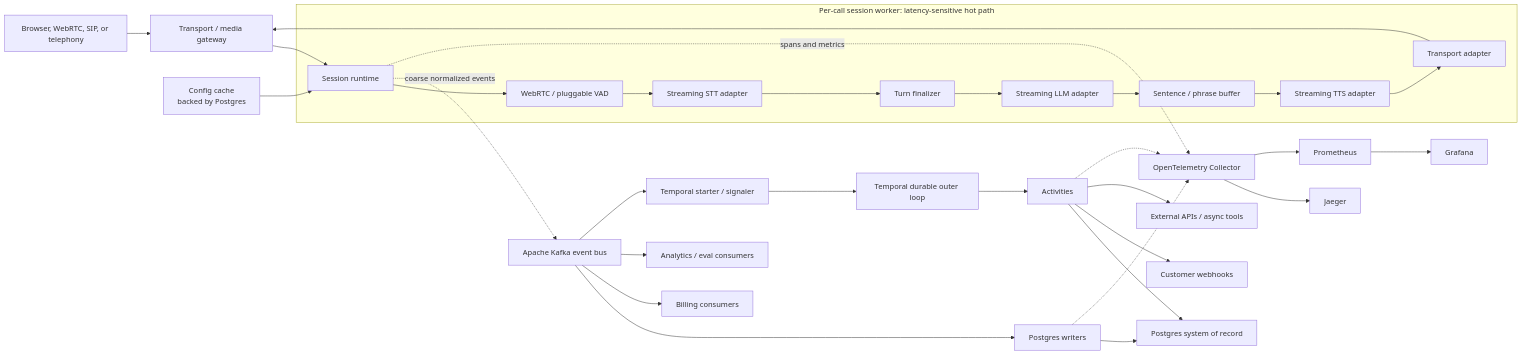
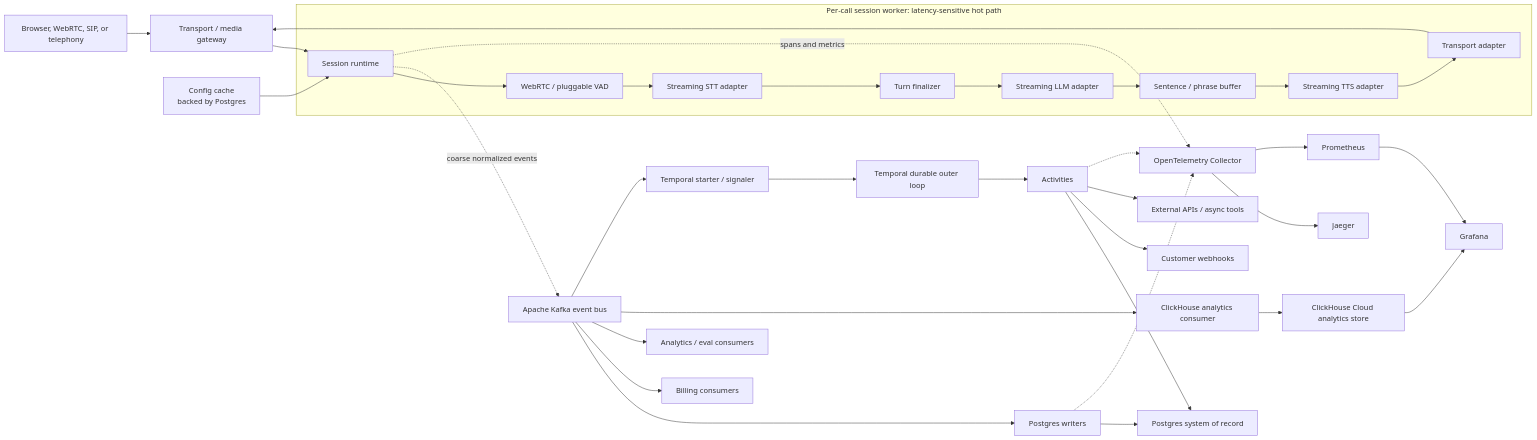
Before and after one commit to sivagirish81/VoiceMesh: the first of 4 diagrams in docs/architecture.md, drawn with Mermaid. The commit also changed other lines of this file and 33 other files, not shown here.

Commit message:
feat: add clickhouse cloud analytics integration

````diff
--- a/docs/architecture.md
+++ b/docs/architecture.md
@@ -14,41 +14,44 @@
 ```mermaid
 flowchart LR
     Client["Browser, WebRTC, SIP, or telephony"] --> Gateway["Transport / media gateway"]
 
     subgraph HotPath["Per-call session worker: latency-sensitive hot path"]
       Session["Session runtime"]
       VAD["WebRTC / pluggable VAD"]
       STT["Streaming STT adapter"]
       Turn["Turn finalizer"]
       LLM["Streaming LLM adapter"]
       Buffer["Sentence / phrase buffer"]
       TTS["Streaming TTS adapter"]
       Output["Transport adapter"]
 
       Session --> VAD --> STT --> Turn --> LLM --> Buffer --> TTS --> Output
     end
 
     Gateway --> Session
     Output --> Gateway
     Session -. "coarse normalized events" .-> Kafka["Apache Kafka event bus"]
     Config["Config cache<br/>backed by Postgres"] --> Session
 
     Kafka --> Writers["Postgres writers"]
     Kafka --> Billing["Billing consumers"]
     Kafka --> Analytics["Analytics / eval consumers"]
+    Kafka --> CHConsumer["ClickHouse analytics consumer"]
     Kafka --> WorkflowBridge["Temporal starter / signaler"]
 
     Writers --> Postgres["Postgres system of record"]
+    CHConsumer --> ClickHouse["ClickHouse Cloud analytics store"]
     WorkflowBridge --> Temporal["Temporal durable outer loop"]
     Temporal --> Activities["Activities"]
     Activities --> Postgres
     Activities --> Webhooks["Customer webhooks"]
     Activities --> External["External APIs / async tools"]
 
     Session -. "spans and metrics" .-> OTel["OpenTelemetry Collector"]
     Writers -.-> OTel
     Activities -.-> OTel
     OTel --> Jaeger["Jaeger"]
     OTel --> Prometheus["Prometheus"]
     Prometheus --> Grafana["Grafana"]
+    ClickHouse --> Grafana
 ```
````
